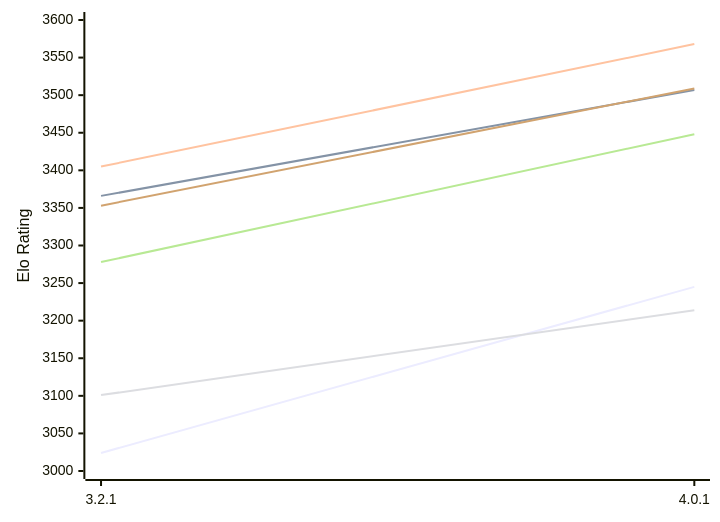
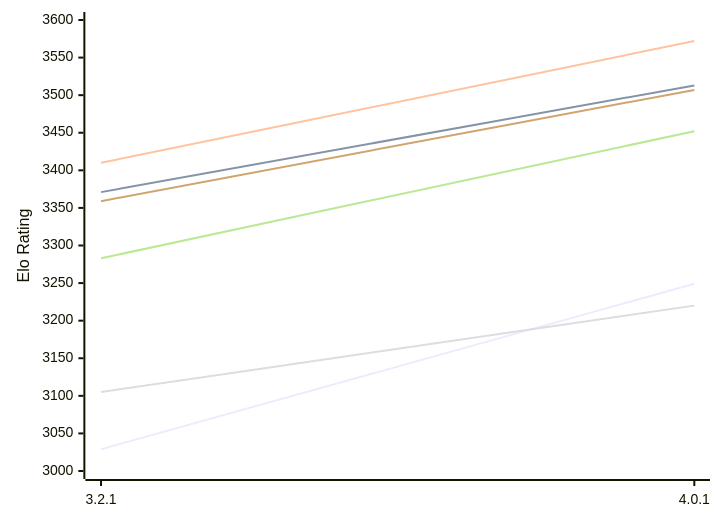
Before and after one commit to computer-chess-index/cci: the first of 2 diagrams in engines/Prune.md, drawn with Mermaid. The commit also changed other lines of this file, not shown here.

Commit message:
Update CCI Ratings (ELO VLTC) - 2026-11-20

````diff
--- a/engines/Prune.md
+++ b/engines/Prune.md
@@ -56,12 +56,12 @@
 ```mermaid
 %%{init: {"theme":"base","themeVariables":{"seriesColors:['#a3a3a3','#222221','#faa371']}}}%%
 xychart-beta
   x-axis ["3.2.1", "4.0.1"]
   y-axis "Elo Rating" 3000 --> 3600
-  line "E1: STC (8.0+0.08s)" [3024, 3245]
-  line "E1: LTC (60.0+0.60s)" [3366, 3507]
-  line "E1: VLTC (2m24s+1.12s)" [3405, 3568]
-  line "P1: STC (8.0+0.08s)" [3101, 3214]
-  line "P1: LTC (60.0+0.60s)" [3278, 3448]
-  line "P1: VLTC (2m24s+1.12s)" [3353, 3509]
+  line "E1: STC (8.0+0.08s)" [3029, 3249]
+  line "E1: LTC (60.0+0.60s)" [3371, 3513]
+  line "E1: VLTC (2m24s+1.12s)" [3410, 3572]
+  line "P1: STC (8.0+0.08s)" [3105, 3220]
+  line "P1: LTC (60.0+0.60s)" [3283, 3452]
+  line "P1: VLTC (2m24s+1.12s)" [3359, 3507]
 ```
````
